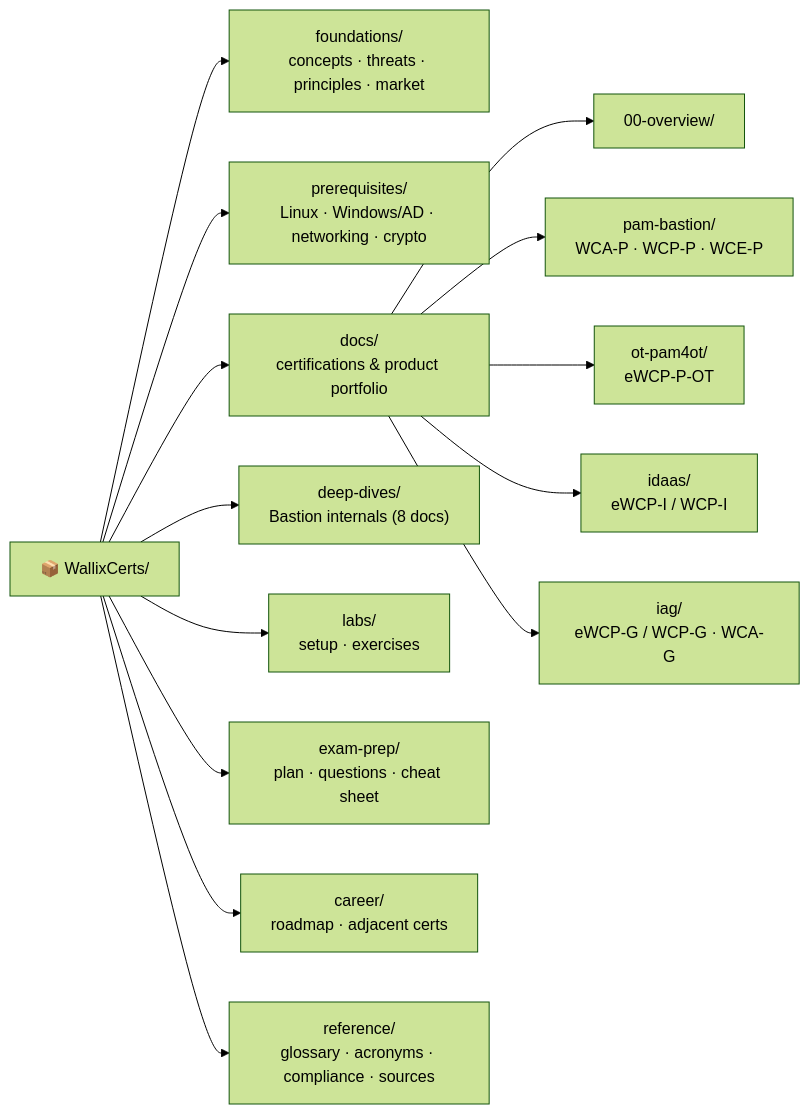
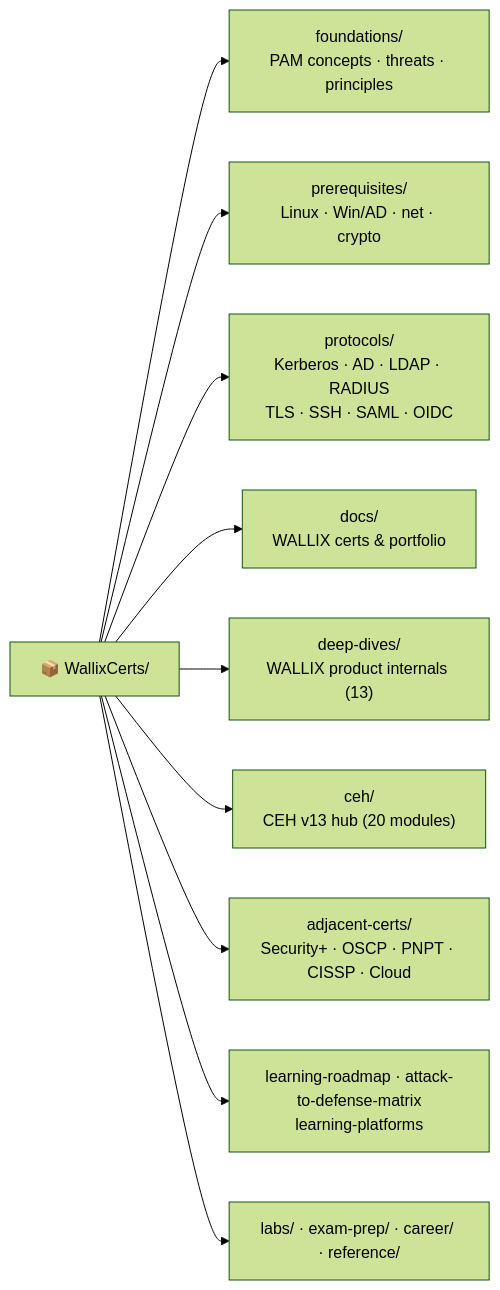
One commit to morandeirachema/WallixCerts changed the third of 3 diagrams in README.md. Above: the diagram before and after it, drawn with Mermaid (forest theme). The commit also changed other lines of this file, not shown here.

First line of the commit message:
Redesign the root README as a polished multi-domain hub

````diff
--- a/README.md
+++ b/README.md
@@ -97,17 +132,13 @@
 ```mermaid
 flowchart LR
     Root["📦 WallixCerts/"]
-    Root --> F["foundations/<br/>concepts · threats · principles · market"]
-    Root --> Pre["prerequisites/<br/>Linux · Windows/AD · networking · crypto"]
-    Root --> Docs["docs/<br/>certifications & product portfolio"]
-    Root --> DD["deep-dives/<br/>Bastion internals (8 docs)"]
-    Root --> Labs["labs/<br/>setup · exercises"]
-    Root --> Exam["exam-prep/<br/>plan · questions · cheat sheet"]
-    Root --> Career["career/<br/>roadmap · adjacent certs"]
-    Root --> Ref["reference/<br/>glossary · acronyms · compliance · sources"]
-    Docs --> Ov["00-overview/"]
-    Docs --> PB["pam-bastion/<br/>WCA-P · WCP-P · WCE-P"]
-    Docs --> OT["ot-pam4ot/<br/>eWCP-P-OT"]
-    Docs --> ID["idaas/<br/>eWCP-I / WCP-I"]
-    Docs --> IAG["iag/<br/>eWCP-G / WCP-G · WCA-G"]
+    Root --> FND["foundations/<br/>PAM concepts · threats · principles"]
+    Root --> PRE["prerequisites/<br/>Linux · Win/AD · net · crypto"]
+    Root --> PRO["protocols/<br/>Kerberos · AD · LDAP · RADIUS<br/>TLS · SSH · SAML · OIDC"]
+    Root --> DOC["docs/<br/>WALLIX certs & portfolio"]
+    Root --> DD["deep-dives/<br/>WALLIX product internals (13)"]
+    Root --> CEHD["ceh/<br/>CEH v13 hub (20 modules)"]
+    Root --> ADJ["adjacent-certs/<br/>Security+ · OSCP · PNPT · CISSP · Cloud"]
+    Root --> XC["learning-roadmap · attack-to-defense-matrix<br/>learning-platforms"]
+    Root --> SUP["labs/ · exam-prep/ · career/ · reference/"]
 ```
````
